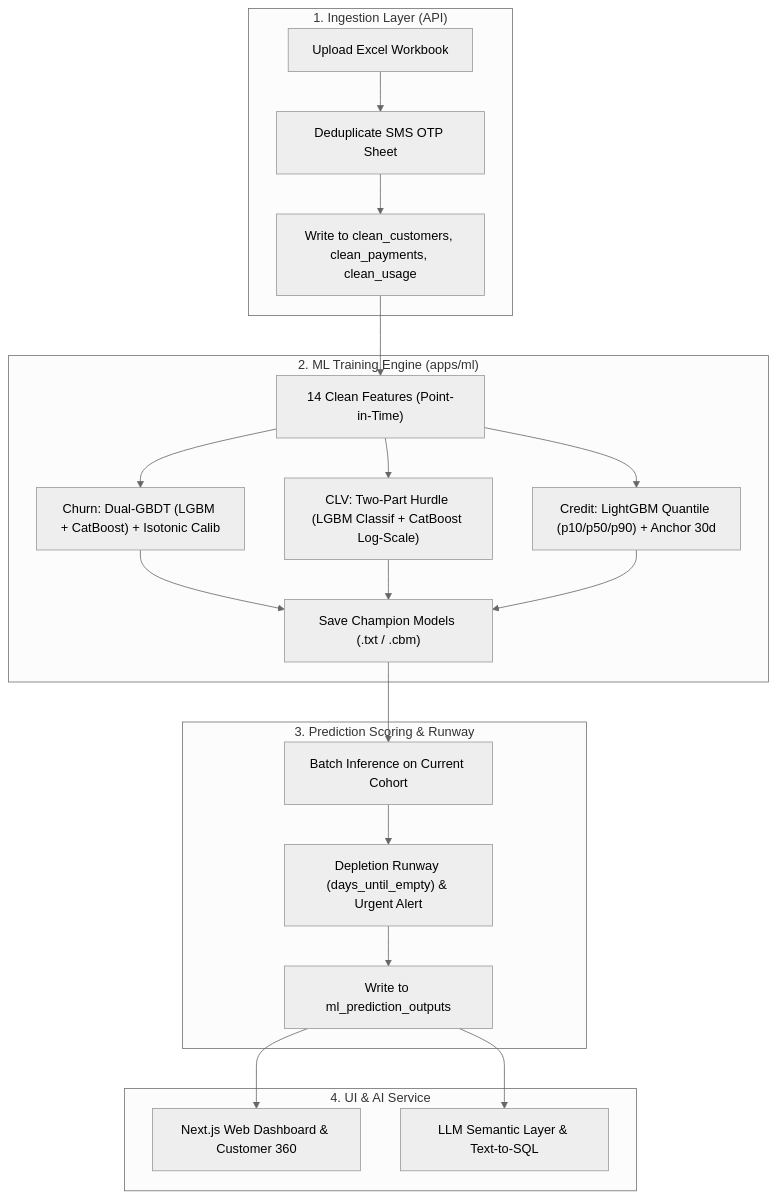
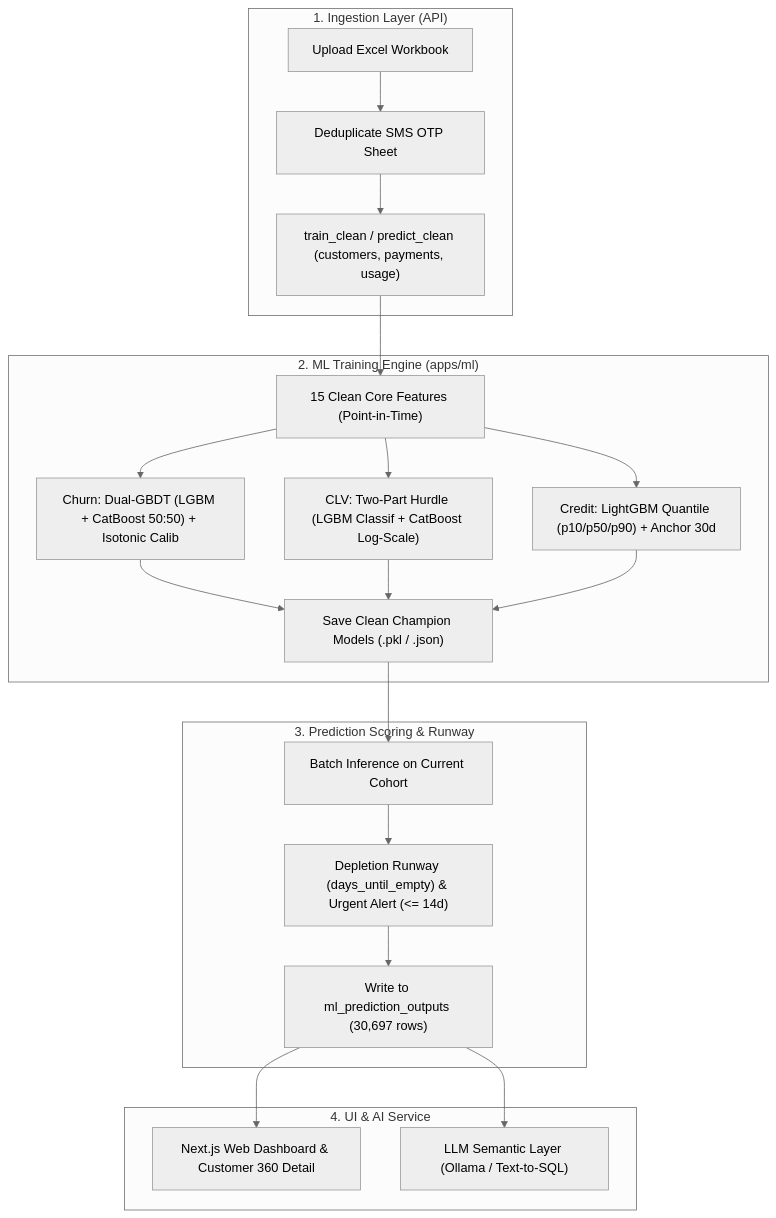
The diagram in docs/REBUILD-BLUEPRINT.md (aphsx/1moby-analys), drawn with Mermaid (neutral theme) before and after one commit. The commit also changed other lines of this file and 3 other files, not shown here.

Commit message:
refactor: clean up churn model trainer and align candidates with notebook

````diff
--- a/docs/REBUILD-BLUEPRINT.md
+++ b/docs/REBUILD-BLUEPRINT.md
@@ -26,26 +26,26 @@
 ```mermaid
 flowchart TD
     subgraph IN["1. Ingestion Layer (API)"]
         Excel["Upload Excel Workbook"] --> Dedupe["Deduplicate SMS OTP Sheet"]
-        Dedupe --> CleanTables["Write to clean_customers, clean_payments, clean_usage"]
+        Dedupe --> CleanTables["train_clean / predict_clean (customers, payments, usage)"]
     end
 
     subgraph ML_TRAIN["2. ML Training Engine (apps/ml)"]
-        CleanTables --> FeatExtract["14 Clean Features (Point-in-Time)"]
-        FeatExtract --> ChurnTrain["Churn: Dual-GBDT (LGBM + CatBoost) + Isotonic Calib"]
+        CleanTables --> FeatExtract["15 Clean Core Features (Point-in-Time)"]
+        FeatExtract --> ChurnTrain["Churn: Dual-GBDT (LGBM + CatBoost 50:50) + Isotonic Calib"]
         FeatExtract --> CLVTrain["CLV: Two-Part Hurdle (LGBM Classif + CatBoost Log-Scale)"]
         FeatExtract --> CreditTrain["Credit: LightGBM Quantile (p10/p50/p90) + Anchor 30d"]
-        ChurnTrain & CLVTrain & CreditTrain --> ChampionModels["Save Champion Models (.txt / .cbm)"]
+        ChurnTrain & CLVTrain & CreditTrain --> ChampionModels["Save Clean Champion Models (.pkl / .json)"]
     end
 
     subgraph ML_PRED["3. Prediction Scoring & Runway"]
         ChampionModels --> Score["Batch Inference on Current Cohort"]
-        Score --> Runway["Depletion Runway (days_until_empty) & Urgent Alert"]
-        Runway --> OutputsTable["Write to ml_prediction_outputs"]
+        Score --> Runway["Depletion Runway (days_until_empty) & Urgent Alert (<= 14d)"]
+        Runway --> OutputsTable["Write to ml_prediction_outputs (30,697 rows)"]
     end
 
     subgraph SERVE["4. UI & AI Service"]
-        OutputsTable --> NextWeb["Next.js Web Dashboard & Customer 360"]
-        OutputsTable --> LLMAgent["LLM Semantic Layer & Text-to-SQL"]
+        OutputsTable --> NextWeb["Next.js Web Dashboard & Customer 360 Detail"]
+        OutputsTable --> LLMAgent["LLM Semantic Layer (Ollama / Text-to-SQL)"]
     end
 ```
````
